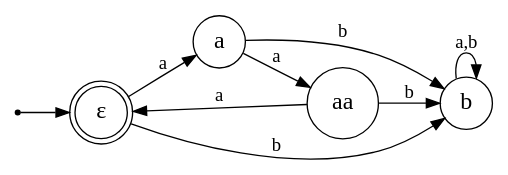
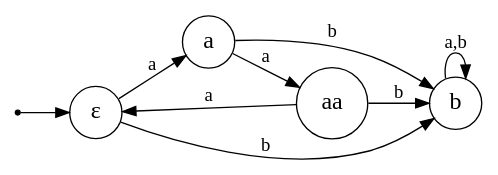
Before and after one commit to Prrromanssss/formal-languages-labs: the diagram in lab1/dot/automaton_new.dot, drawn with Graphviz. The commit also changed 3 other files, not shown here.

```diff
--- a/lab1/dot/automaton_new.dot
+++ b/lab1/dot/automaton_new.dot
@@ -1,25 +1,25 @@
 digraph G {
   rankdir=LR;
 
-  node [shape=doublecircle, fontsize=18];
+  node [shape=circle, fontsize=18];
   q0 [label="ε"];
 
   node [shape=circle, fontsize=18];
   start [shape=point, label=""];
   q2 [label="aa"];
   q1 [label="a"];
   qb [label="b"];
 
   start -> q0;
 
   q0 -> q1 [label="a"];
   q0 -> qb [label="b"];
 
   q1 -> q2 [label="a"];
   q1 -> qb [label="b"];
 
   q2 -> q0 [label="a"];
   q2 -> qb [label="b"];
 
   qb -> qb [label="a,b"];
 }
```
